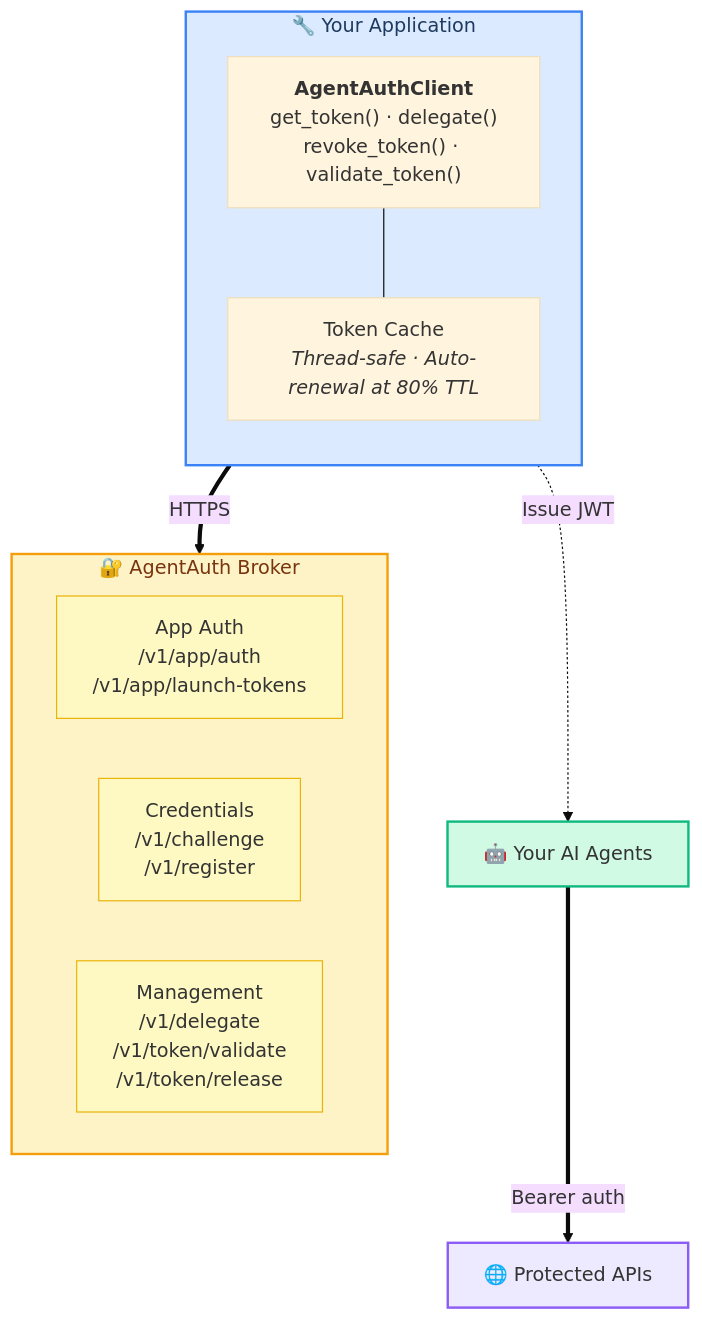
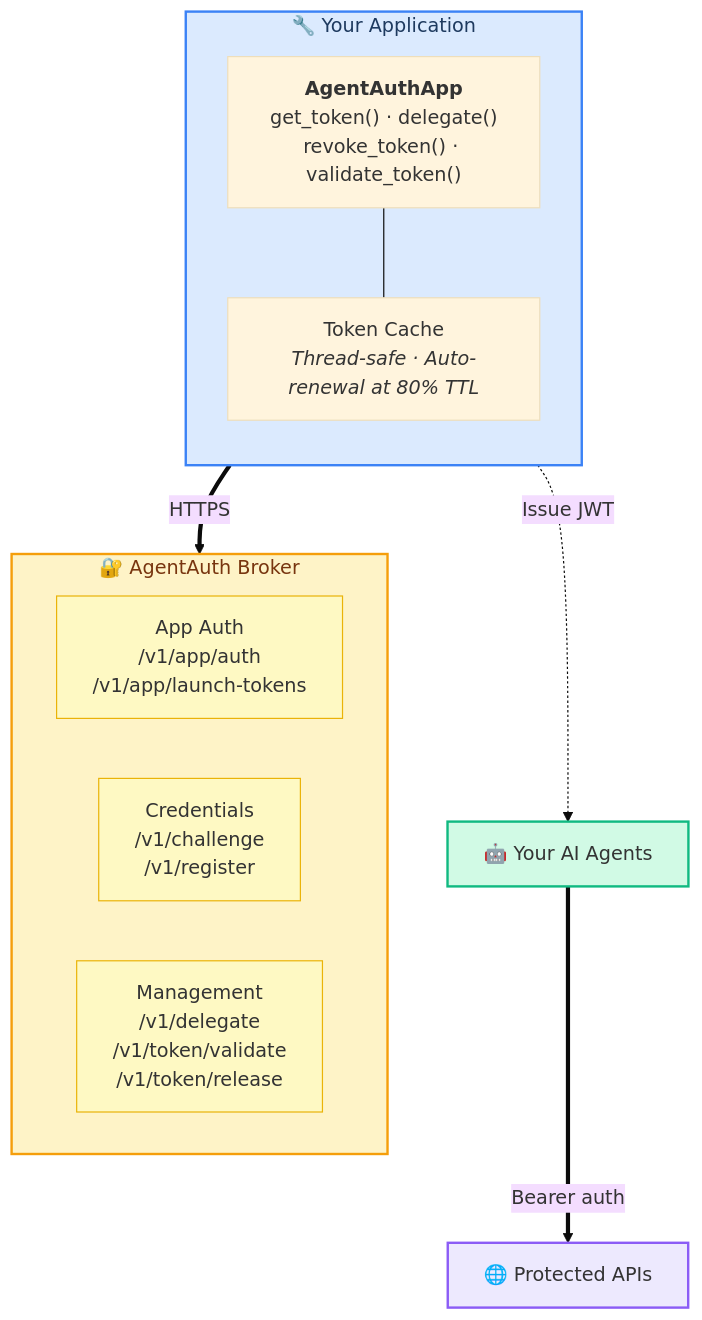
The first of 5 diagrams in docs/concepts.md (devonartis/agentwrit-python), drawn with Mermaid (base theme) before and after one commit. The commit also changed other lines of this file and 33 other files, not shown here.

First line of the commit message:
refactor: rename AgentAuthClient → AgentAuthApp (Phase 1, G0)

````diff
--- a/docs/concepts.md
+++ b/docs/concepts.md
@@ -57,32 +57,32 @@
 ```mermaid
 graph TB
     subgraph App["🔧 Your Application"]
         direction TB
-        Client["<b>AgentAuthClient</b><br/>get_token() · delegate()<br/>revoke_token() · validate_token()"]
+        Client["<b>AgentAuthApp</b><br/>get_token() · delegate()<br/>revoke_token() · validate_token()"]
         Cache["Token Cache<br/><i>Thread-safe · Auto-renewal at 80% TTL</i>"]
         Client --- Cache
     end
 
     subgraph Broker["🔐 AgentAuth Broker"]
         direction LR
         AuthGroup["App Auth<br/>/v1/app/auth<br/>/v1/app/launch-tokens"]
         CredGroup["Credentials<br/>/v1/challenge<br/>/v1/register"]
         MgmtGroup["Management<br/>/v1/delegate<br/>/v1/token/validate<br/>/v1/token/release"]
     end
 
     Agents["🤖 Your AI Agents"]
     APIs["🌐 Protected APIs"]
 
     Client ==>|"HTTPS"| Broker
     Client -.->|"Issue JWT"| Agents
     Agents ==>|"Bearer auth"| APIs
 
     style App fill:#dbeafe,stroke:#3b82f6,stroke-width:2px,color:#1e3a5f
     style Broker fill:#fef3c7,stroke:#f59e0b,stroke-width:2px,color:#78350f
     style Agents fill:#d1fae5,stroke:#10b981,stroke-width:2px
     style APIs fill:#ede9fe,stroke:#8b5cf6,stroke-width:2px
     style AuthGroup fill:#fef9c3,stroke:#eab308
     style CredGroup fill:#fef9c3,stroke:#eab308
     style MgmtGroup fill:#fef9c3,stroke:#eab308
 
 ```
````
